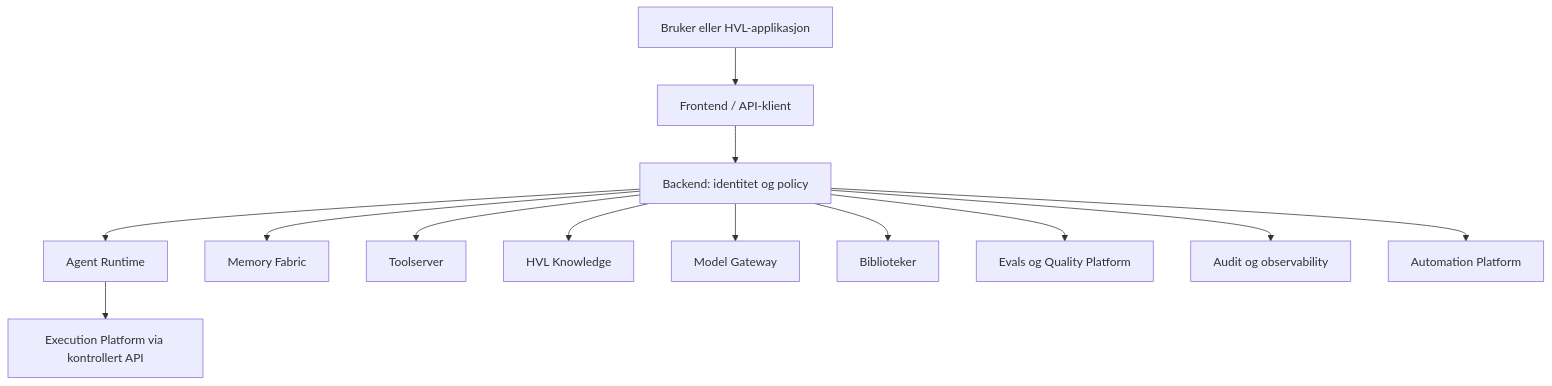
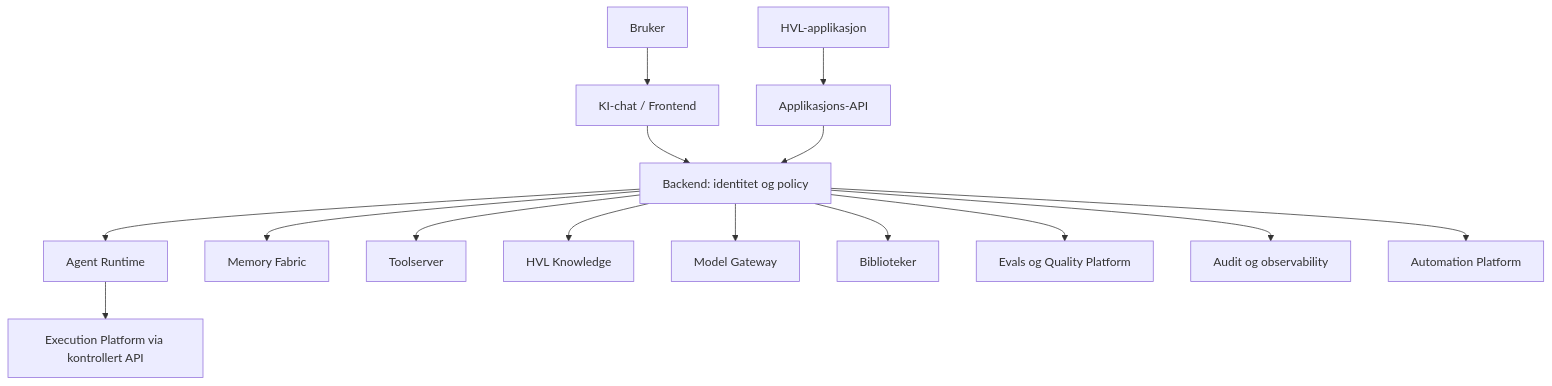
The first of 2 diagrams in docs/utviklere/intro.mdx (IvarRosenbergHVL/hvl-ki-documentation), drawn with Mermaid before and after one commit. The commit also changed other lines of this file and 5 other files, not shown here.

````diff
--- a/docs/utviklere/intro.mdx
+++ b/docs/utviklere/intro.mdx
@@ -18,15 +24,17 @@
 ```mermaid
 flowchart TD
- U[Bruker eller HVL-applikasjon] --> F[Frontend / API-klient]
+ U[Bruker] --> F[KI-chat / Frontend]
+ AP[HVL-applikasjon] --> I[Applikasjons-API]
  F --> B[Backend: identitet og policy]
+ I --> B
  B --> R[Agent Runtime]
  B --> M[Memory Fabric]
  B --> T[Toolserver]
  B --> K[HVL Knowledge]
  B --> G[Model Gateway]
  B --> L[Biblioteker]
  R --> X[Execution Platform via kontrollert API]
  B --> E[Evals og Quality Platform]
  B --> A[Audit og observability]
  B --> W[Automation Platform]
 ```
````
